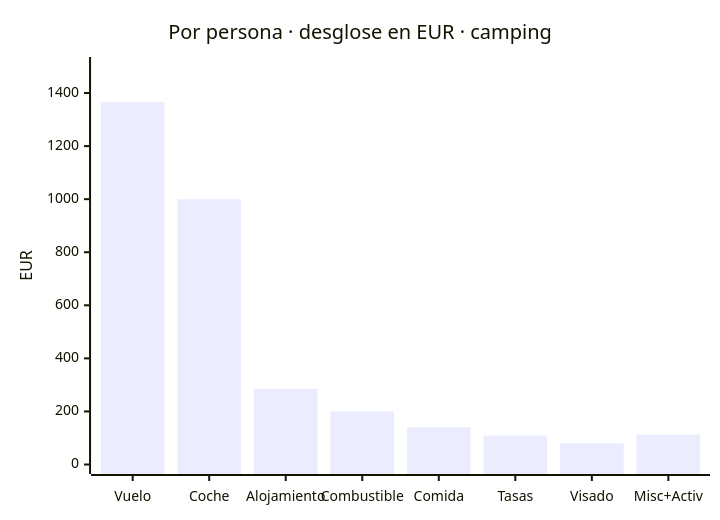
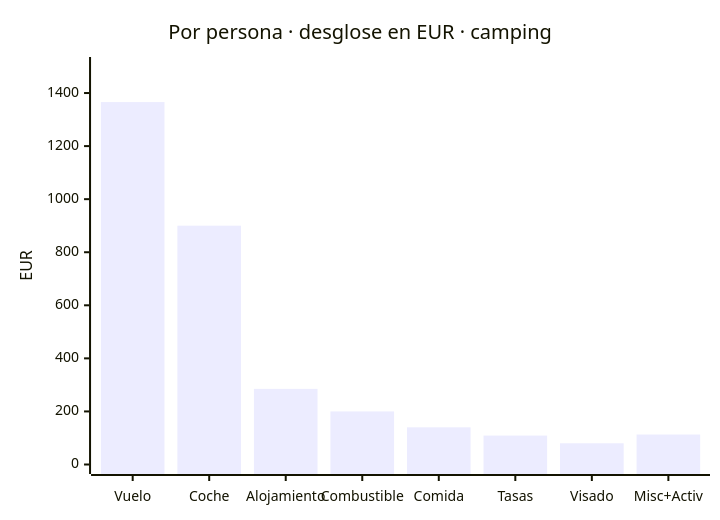
The sixth of 8 diagrams in README.md (morandeirachema/namibia), drawn with Mermaid before and after one commit. The commit also changed other lines of this file, not shown here.

````diff
--- a/README.md
+++ b/README.md
@@ -223,7 +267,7 @@
 ```mermaid
 xychart-beta
     title "Por persona · desglose en EUR · camping"
     x-axis ["Vuelo", "Coche", "Alojamiento", "Combustible", "Comida", "Tasas", "Visado", "Misc+Activ"]
     y-axis "EUR" 0 --> 1500
-    bar [1366, 1000, 285, 200, 140, 109, 80, 113]
+    bar [1366, 900, 285, 200, 140, 109, 80, 113]
 ```
````
